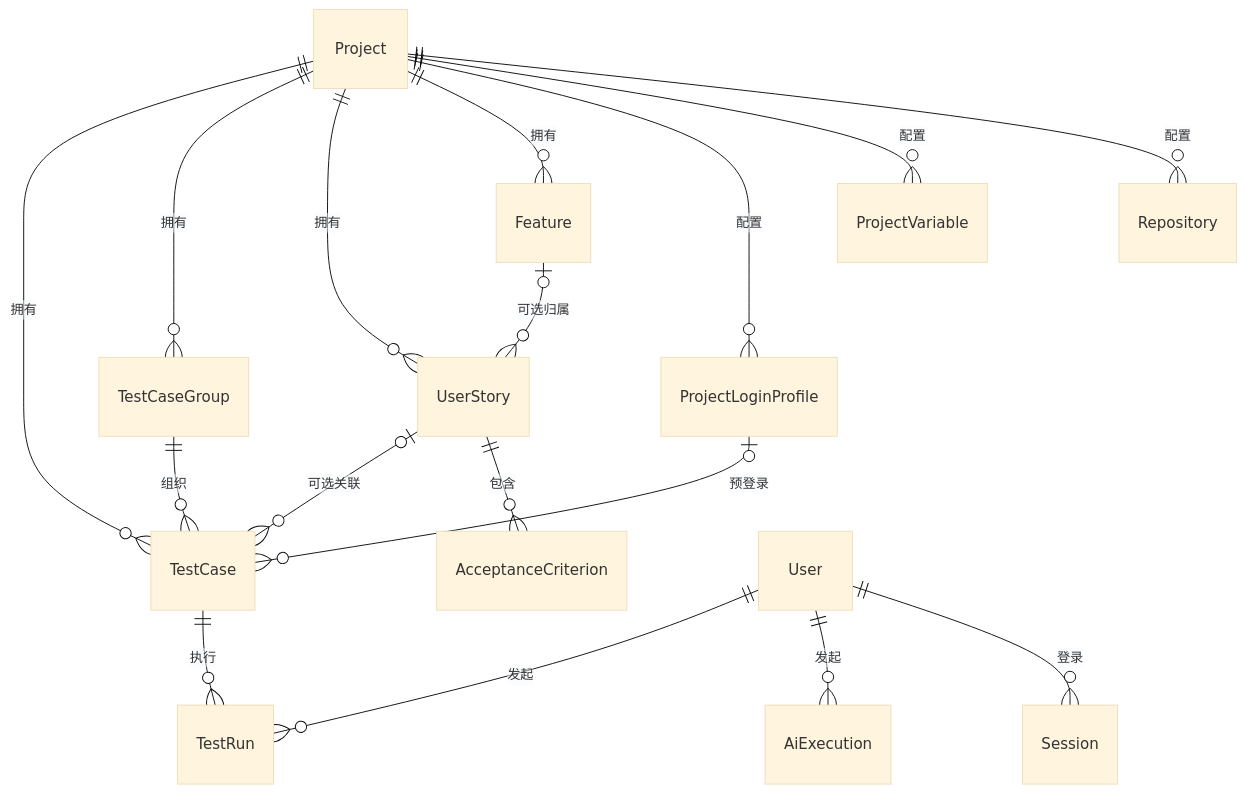
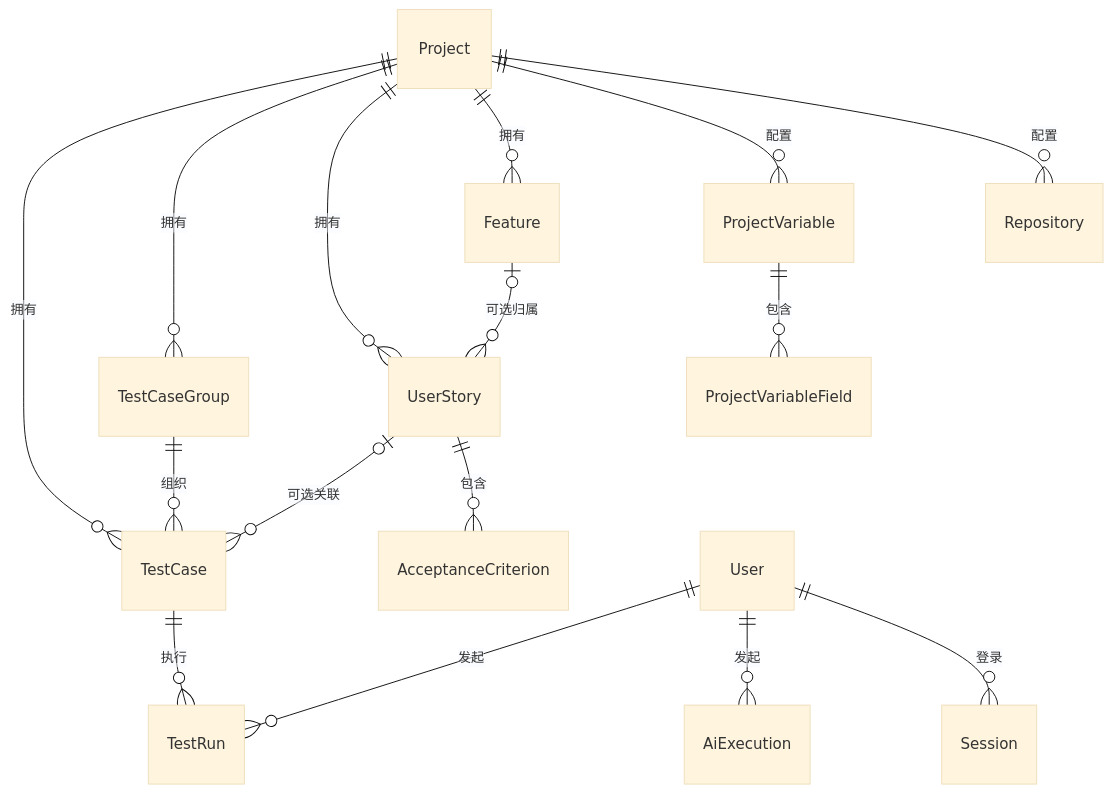
The fourth of 10 diagrams in docs/代码架构与运行机制.md (qianzgcn/spec-chain), drawn with Mermaid (base theme) before and after one commit. The commit also changed other lines of this file and 82 other files, not shown here.

````diff
--- a/docs/代码架构与运行机制.md
+++ b/docs/代码架构与运行机制.md
@@ -737,21 +736,20 @@
 ```mermaid
 erDiagram
   Project ||--o{ Repository : 配置
   Project ||--o{ ProjectVariable : 配置
-  Project ||--o{ ProjectLoginProfile : 配置
+  ProjectVariable ||--o{ ProjectVariableField : 包含
   Project ||--o{ Feature : 拥有
   Project ||--o{ UserStory : 拥有
   Project ||--o{ TestCaseGroup : 拥有
   Project ||--o{ TestCase : 拥有
 
   Feature o|--o{ UserStory : 可选归属
   UserStory ||--o{ AcceptanceCriterion : 包含
   UserStory o|--o{ TestCase : 可选关联
   TestCaseGroup ||--o{ TestCase : 组织
-  ProjectLoginProfile o|--o{ TestCase : 预登录
   TestCase ||--o{ TestRun : 执行
 
   User ||--o{ Session : 登录
   User ||--o{ AiExecution : 发起
   User ||--o{ TestRun : 发起
 ```
````
